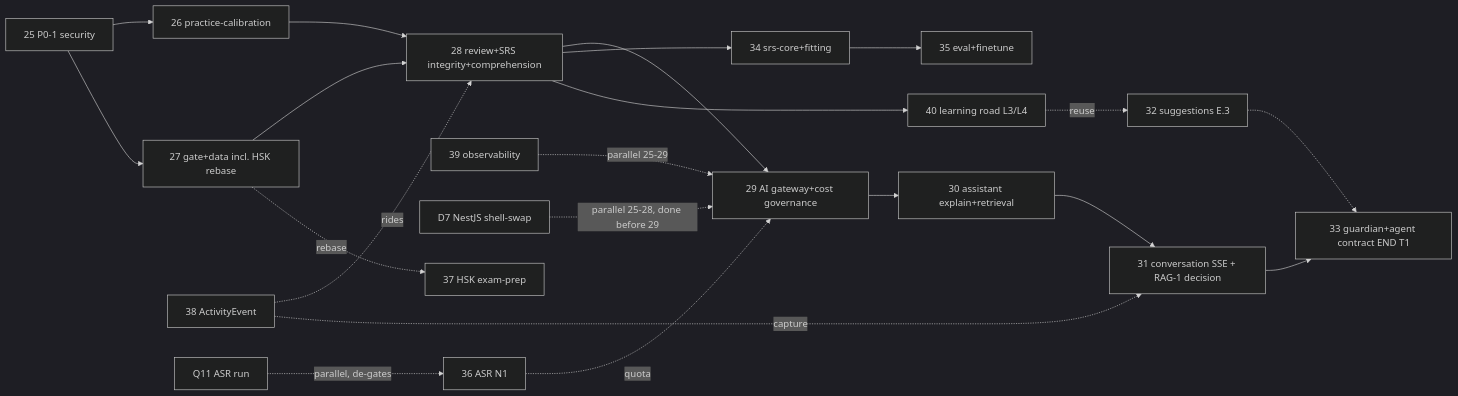
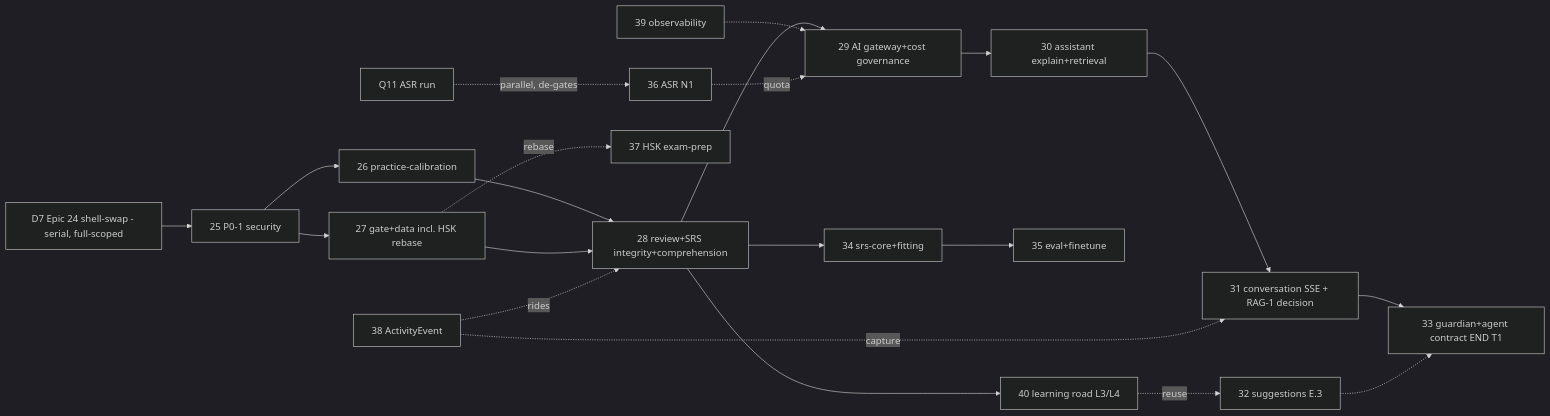
One commit to coji831/mandarin-vite-react-ts changed the diagram in docs/planning/epics-25-40.md. Above: the diagram before and after it, drawn with Mermaid (dark theme). The commit also changed other lines of this file and 14 other files, not shown here.

Commit message:
docs(epic-24): re-ratify NestJS shell migration to serial 15-story model with absorbed release-safety scope (D9)

````diff
--- a/docs/planning/epics-25-40.md
+++ b/docs/planning/epics-25-40.md
@@ -463,23 +467,23 @@
 ```mermaid
 graph LR
     A[25 P0-1 security] --> B[26 practice-calibration]
     A --> C[27 gate+data incl. HSK rebase]
     B --> D[28 review+SRS integrity+comprehension]
     C --> D
     D --> E[29 AI gateway+cost governance]
     E --> F[30 assistant explain+retrieval]
     F --> G[31 conversation SSE + RAG-1 decision]
     G --> H[33 guardian+agent contract END T1]
     D --> I[34 srs-core+fitting]
     I --> J[35 eval+finetune]
     D --> K[40 learning road L3/L4]
     K -.reuse.-> M[32 suggestions E.3]
     M -.-> H
     N[38 ActivityEvent] -.rides.-> D
     N -.capture.-> G
-    O[39 observability] -.parallel 25-29.-> E
-    P[D7 NestJS shell-swap] -.parallel 25-28, done before 29.-> E
+    O[39 observability] -.-> E
+    P[D7 Epic 24 shell-swap - serial, full-scoped] --> A
     C -.rebase.-> Q[37 HSK exam-prep]
     R[Q11 ASR run] -.parallel, de-gates.-> S[36 ASR N1]
     S -.quota.-> E
 ```
````
